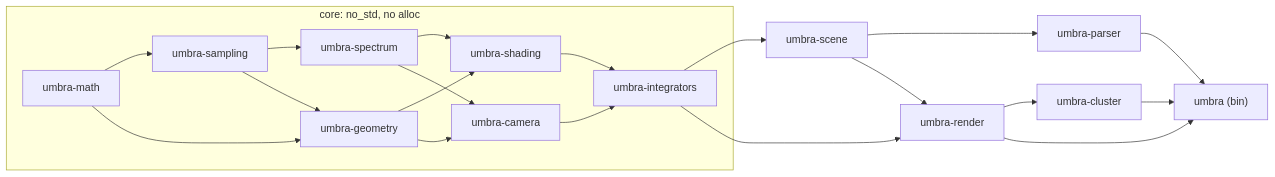
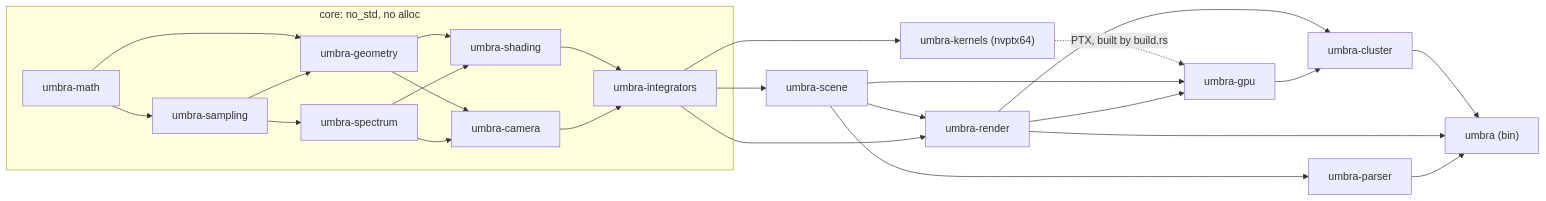
Before and after one commit to sergioffpc/umbra: the diagram in docs/architecture/05-building-block-view.md, drawn with Mermaid. The commit also changed other lines of this file and 24 other files, not shown here.

````diff
--- a/docs/architecture/05-building-block-view.md
+++ b/docs/architecture/05-building-block-view.md
@@ -7,22 +7,27 @@
 ```mermaid
 graph LR
   subgraph core ["core: no_std, no alloc"]
     math[umbra-math] --> sampling[umbra-sampling] --> spectrum[umbra-spectrum]
     math --> geometry[umbra-geometry]
     sampling --> geometry
     geometry --> shading[umbra-shading]
     spectrum --> shading
     geometry --> camera[umbra-camera]
     spectrum --> camera
     shading --> integrators[umbra-integrators]
     camera --> integrators
   end
   integrators --> scene[umbra-scene]
   scene --> parser[umbra-parser]
   scene --> render[umbra-render]
   integrators --> render
+  integrators --> kernels["umbra-kernels (nvptx64)"]
+  kernels -. "PTX, built by build.rs" .-> gpu[umbra-gpu]
+  scene --> gpu
+  render --> gpu
   render --> cluster[umbra-cluster]
+  gpu --> cluster
   cluster --> umbra["umbra (bin)"]
   render --> umbra
   parser --> umbra
 ```
````
